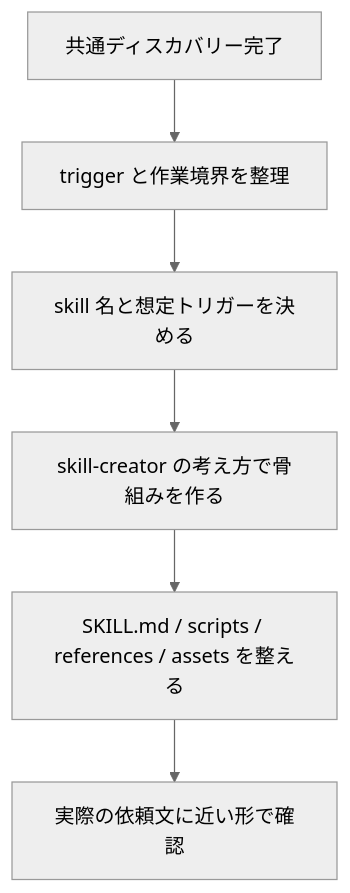
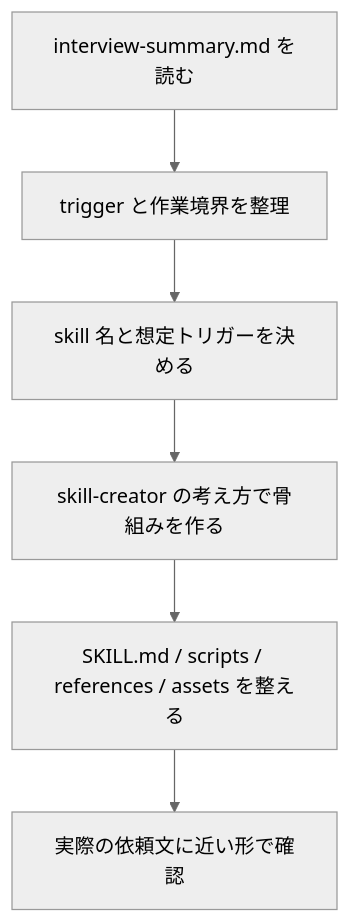
The fourth of 4 diagrams in README.md (ryota-nakazawa/ultra_sprint_harness), drawn with Mermaid (neutral theme) before and after one commit. The commit also changed other lines of this file and 4 other files, not shown here.

````diff
--- a/README.md
+++ b/README.md
@@ -112,8 +128,8 @@
 ```mermaid
 flowchart TD
-    A["共通ディスカバリー完了"] --> B["trigger と作業境界を整理"]
+    A["interview-summary.md を読む"] --> B["trigger と作業境界を整理"]
     B --> C["skill 名と想定トリガーを決める"]
     C --> D["skill-creator の考え方で骨組みを作る"]
     D --> E["SKILL.md / scripts / references / assets を整える"]
     E --> F["実際の依頼文に近い形で確認"]
 ```
````
